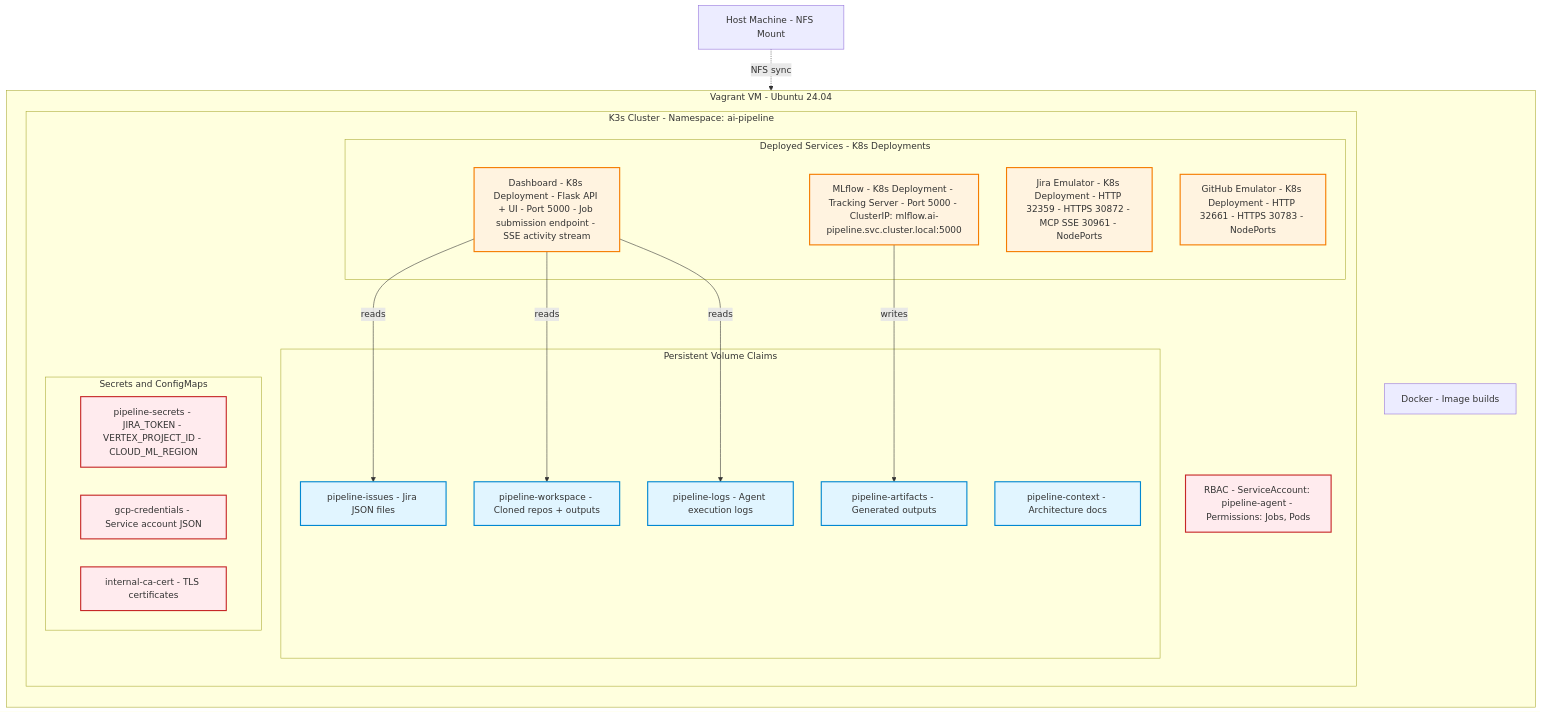
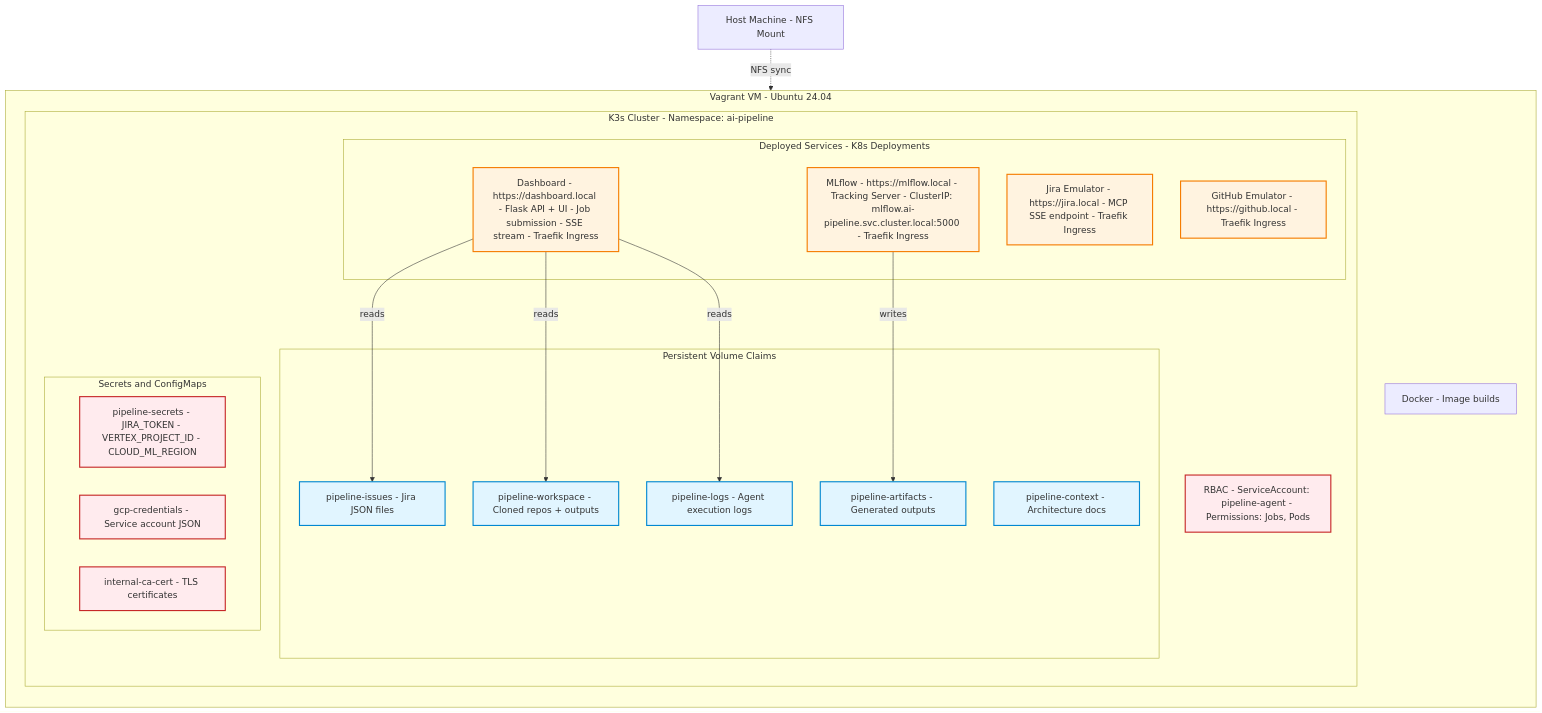
The diagram in docs/architecture-infrastructure.mmd (jctanner/ai-first-pipeline), drawn with Mermaid before and after one commit. The commit also changed 3 other files, not shown here.

First line of the commit message:
Update diagrams to use Traefik ingress hostnames instead of localhost ports

```diff
--- a/docs/architecture-infrastructure.mmd
+++ b/docs/architecture-infrastructure.mmd
@@ -1,51 +1,51 @@
 graph TB
     Host["Host Machine - NFS Mount"]
 
     subgraph VM["Vagrant VM - Ubuntu 24.04"]
         direction TB
 
         subgraph K3s["K3s Cluster - Namespace: ai-pipeline"]
             direction TB
 
             subgraph Services["Deployed Services - K8s Deployments"]
-                Dashboard["Dashboard - K8s Deployment - Flask API + UI - Port 5000 - Job submission endpoint - SSE activity stream"]
-                MLflow["MLflow - K8s Deployment - Tracking Server - Port 5000 - ClusterIP: mlflow.ai-pipeline.svc.cluster.local:5000"]
-                JiraEmu["Jira Emulator - K8s Deployment - HTTP 32359 - HTTPS 30872 - MCP SSE 30961 - NodePorts"]
-                GitHubEmu["GitHub Emulator - K8s Deployment - HTTP 32661 - HTTPS 30783 - NodePorts"]
+                Dashboard["Dashboard - https://dashboard.local - Flask API + UI - Job submission - SSE stream - Traefik Ingress"]
+                MLflow["MLflow - https://mlflow.local - Tracking Server - ClusterIP: mlflow.ai-pipeline.svc.cluster.local:5000 - Traefik Ingress"]
+                JiraEmu["Jira Emulator - https://jira.local - MCP SSE endpoint - Traefik Ingress"]
+                GitHubEmu["GitHub Emulator - https://github.local - Traefik Ingress"]
             end
 
             subgraph Storage["Persistent Volume Claims"]
                 IssuesPVC["pipeline-issues - Jira JSON files"]
                 WorkspacePVC["pipeline-workspace - Cloned repos + outputs"]
                 LogsPVC["pipeline-logs - Agent execution logs"]
                 ArtifactsPVC["pipeline-artifacts - Generated outputs"]
                 ContextPVC["pipeline-context - Architecture docs"]
             end
 
             subgraph Security["Secrets and ConfigMaps"]
                 PipelineSecrets["pipeline-secrets - JIRA_TOKEN - VERTEX_PROJECT_ID - CLOUD_ML_REGION"]
                 GCPCreds["gcp-credentials - Service account JSON"]
                 CACert["internal-ca-cert - TLS certificates"]
             end
 
             RBAC["RBAC - ServiceAccount: pipeline-agent - Permissions: Jobs, Pods"]
         end
 
         Docker["Docker - Image builds"]
     end
 
     Host -.->|NFS sync| Storage
 
     Dashboard -->|reads| IssuesPVC
     Dashboard -->|reads| WorkspacePVC
     Dashboard -->|reads| LogsPVC
 
     MLflow -->|writes| ArtifactsPVC
 
     classDef storage fill:#e1f5ff,stroke:#0288d1,stroke-width:2px
     classDef service fill:#fff3e0,stroke:#f57c00,stroke-width:2px
     classDef security fill:#ffebee,stroke:#c62828,stroke-width:2px
 
     class IssuesPVC,WorkspacePVC,LogsPVC,ArtifactsPVC,ContextPVC storage
     class Dashboard,MLflow,JiraEmu,GitHubEmu service
     class PipelineSecrets,GCPCreds,CACert,RBAC security
```
